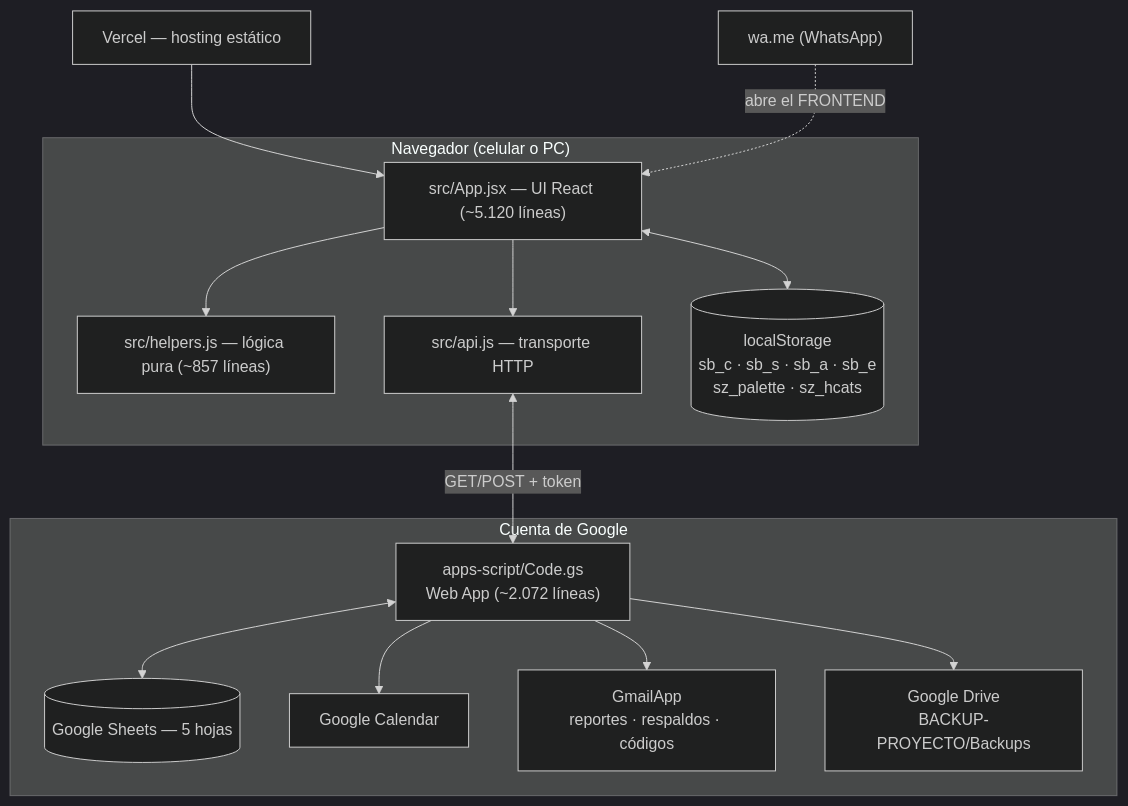
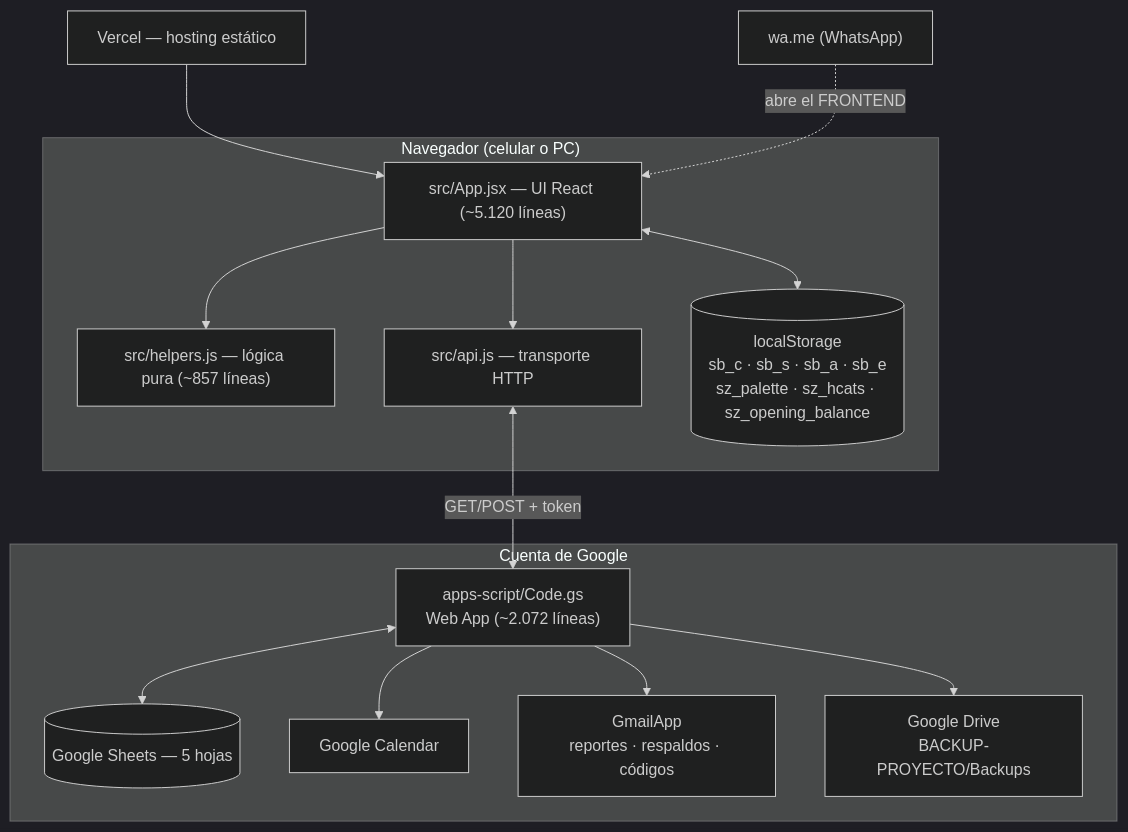
Before and after one commit to bryanm92s/SZ: the diagram in docs/ARQUITECTURA_Y_FUNCIONALIDADES.md, drawn with Mermaid (dark theme). The commit also changed other lines of this file and 9 other files, not shown here.

````diff
--- a/docs/ARQUITECTURA_Y_FUNCIONALIDADES.md
+++ b/docs/ARQUITECTURA_Y_FUNCIONALIDADES.md
@@ -41,28 +41,28 @@
 ```mermaid
 flowchart TD
     subgraph Cliente["Navegador (celular o PC)"]
         UI["src/App.jsx — UI React (~5.120 líneas)"]
         HLP["src/helpers.js — lógica pura (~857 líneas)"]
         API["src/api.js — transporte HTTP"]
-        LS[("localStorage<br/>sb_c · sb_s · sb_a · sb_e<br/>sz_palette · sz_hcats")]
+        LS[("localStorage<br/>sb_c · sb_s · sb_a · sb_e<br/>sz_palette · sz_hcats · sz_opening_balance")]
         UI --> HLP
         UI --> API
         UI <--> LS
     end
 
     subgraph Google["Cuenta de Google"]
         GAS["apps-script/Code.gs<br/>Web App (~2.072 líneas)"]
         SH[("Google Sheets — 5 hojas")]
         CAL["Google Calendar"]
         GMAIL["GmailApp<br/>reportes · respaldos · códigos"]
         DRV["Google Drive<br/>BACKUP-PROYECTO/Backups"]
         GAS <--> SH
         GAS --> CAL
         GAS --> GMAIL
         GAS --> DRV
     end
 
     Vercel["Vercel — hosting estático"] --> UI
     API <-->|"GET/POST + token"| GAS
     WA["wa.me (WhatsApp)"] -.->|"abre el FRONTEND"| UI
 ```
````
